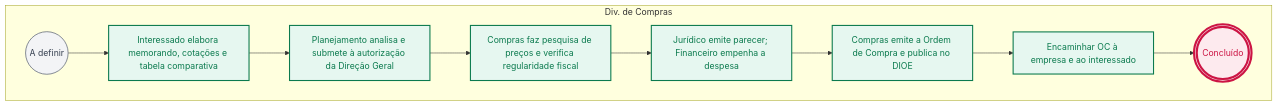
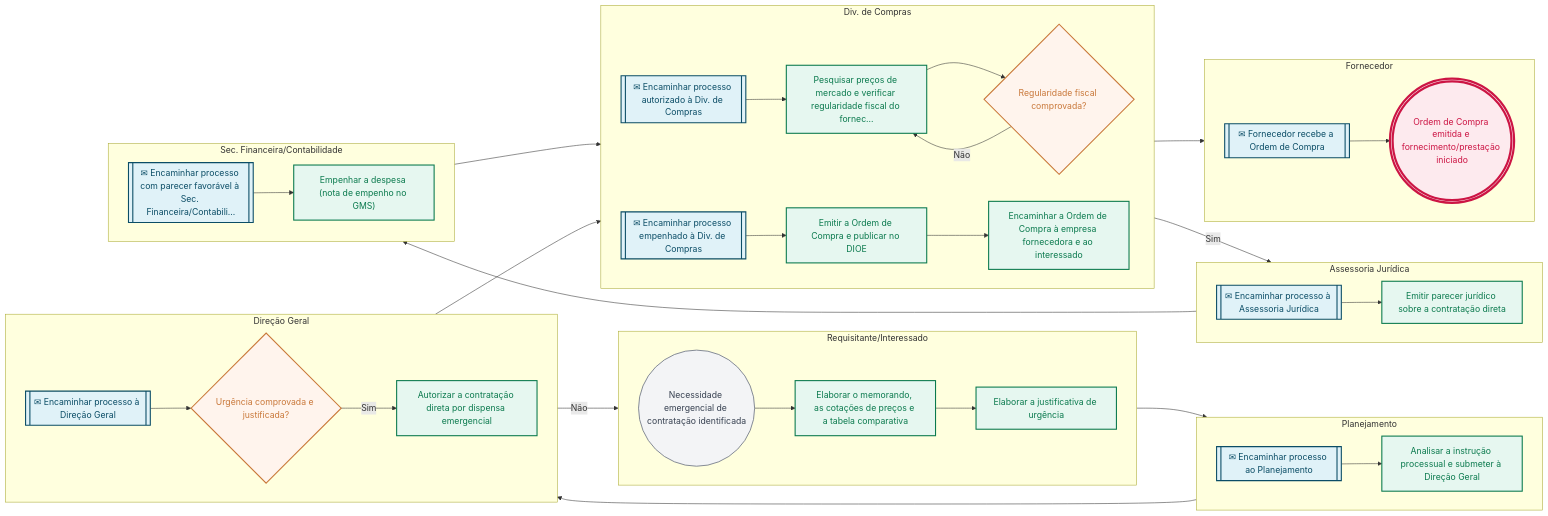
Before and after one commit to jessefers/canvas-vivo-atdg: the second of 2 diagrams in pops/DCOM/DCOM-02.md, drawn with Mermaid. The commit also changed other lines of this file and 6 other files, not shown here.

````diff
--- a/pops/DCOM/DCOM-02.md
+++ b/pops/DCOM/DCOM-02.md
@@ -122,30 +184,76 @@
 ```mermaid
 flowchart LR
   subgraph R1["Div. de Compras"]
     direction LR
-    e1(("A definir"))
-    e2["Interessado elabora memorando, cotações e tabela comparativa"]
-    e3["Planejamento analisa e submete à autorização da Direção Geral"]
-    e4["Compras faz pesquisa de preços e verifica regularidade fiscal"]
-    e5["Jurídico emite parecer; Financeiro empenha a despesa"]
-    e6["Compras emite a Ordem de Compra e publica no DIOE"]
-    e7["Encaminhar OC à empresa e ao interessado"]
-    e8((("Concluído")))
+    e9[["✉ Encaminhar processo autorizado à Div. de Compras"]]
+    e10["Pesquisar preços de mercado e verificar regularidade fiscal do fornec…"]
+    e11{"Regularidade fiscal comprovada?"}
+    e16[["✉ Encaminhar processo empenhado à Div. de Compras"]]
+    e17["Emitir a Ordem de Compra e publicar no DIOE"]
+    e18["Encaminhar a Ordem de Compra à empresa fornecedora e ao interessado"]
+  end
+  subgraph R2["Requisitante/Interessado"]
+    direction LR
+    e1(("Necessidade emergencial de contratação identificada"))
+    e2["Elaborar o memorando, as cotações de preços e a tabela comparativa"]
+    e3["Elaborar a justificativa de urgência"]
+  end
+  subgraph R3["Planejamento"]
+    direction LR
+    e4[["✉ Encaminhar processo ao Planejamento"]]
+    e5["Analisar a instrução processual e submeter à Direção Geral"]
+  end
+  subgraph R4["Direção Geral"]
+    direction LR
+    e6[["✉ Encaminhar processo à Direção Geral"]]
+    e7{"Urgência comprovada e justificada?"}
+    e8["Autorizar a contratação direta por dispensa emergencial"]
+  end
+  subgraph R5["Assessoria Jurídica"]
+    direction LR
+    e12[["✉ Encaminhar processo à Assessoria Jurídica"]]
+    e13["Emitir parecer jurídico sobre a contratação direta"]
+  end
+  subgraph R6["Sec. Financeira/Contabilidade"]
+    direction LR
+    e14[["✉ Encaminhar processo com parecer favorável à Sec. Financeira/Contabili…"]]
+    e15["Empenhar a despesa (nota de empenho no GMS)"]
+  end
+  subgraph R7["Fornecedor"]
+    direction LR
+    e19[["✉ Fornecedor recebe a Ordem de Compra"]]
+    e20((("Ordem de Compra emitida e fornecimento/prestação iniciado")))
   end
   e1 --> e2
   e2 --> e3
   e3 --> e4
   e4 --> e5
   e5 --> e6
   e6 --> e7
-  e7 --> e8
+  e7 -- Sim --> e8
+  e7 -- Não --> e2
+  e8 --> e9
+  e9 --> e10
+  e10 --> e11
+  e11 -- Sim --> e12
+  e11 -- Não --> e10
+  e12 --> e13
+  e13 --> e14
+  e14 --> e15
+  e15 --> e16
+  e16 --> e17
+  e17 --> e18
+  e18 --> e19
+  e19 --> e20
   classDef inicio fill:#f3f4f6,stroke:#6b7280,stroke-width:1.5px,color:#374151
   classDef atividade fill:#E6F7F0,stroke:#0B7A4E,stroke-width:2px,color:#0B7A4E
   classDef decisao fill:#FFF4ED,stroke:#C9783A,stroke-width:2px,color:#C9783A
   classDef fim fill:#FDEAEE,stroke:#CC1544,stroke-width:4px,color:#CC1544
   classDef pausa fill:#FDEAEE,stroke:#CC1544,stroke-width:2px,color:#CC1544
   classDef captura fill:#E0F2F8,stroke:#0B4D66,stroke-width:2px,color:#0B4D66
   class e1 inicio
-  class e2,e3,e4,e5,e6,e7 atividade
-  class e8 fim
+  class e2,e3,e5,e8,e10,e13,e15,e17,e18 atividade
+  class e4,e6,e9,e12,e14,e16,e19 captura
+  class e7,e11 decisao
+  class e20 fim
 ```
````
